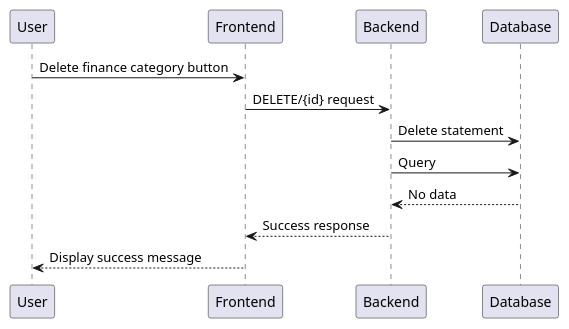
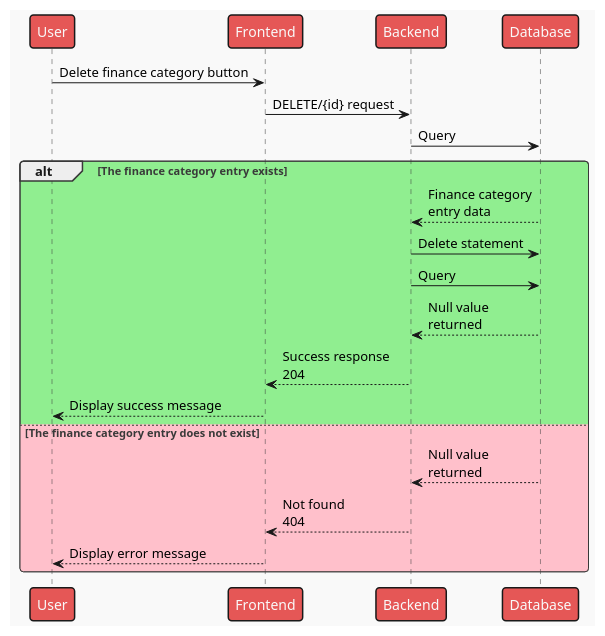
Before and after one commit to Toby-Rea/planner: the tenth of 18 diagrams in docs/Sequences.puml, drawn with PlantUML. The commit also changed other lines of this file and 18 other files, not shown here.

Commit message:
added 404 responses to appropriate sequences and added mars theme to diagrams

```diff
--- a/docs/Sequences.puml
+++ b/docs/Sequences.puml
@@ -125,14 +165,24 @@
 @startuml Delete single finance category
+!theme mars
 participant User as u
 participant Frontend as fe
 participant Backend as be
 participant Database as db
 
 u -> fe: Delete finance category button
 fe -> be: DELETE/{id} request
-be -> db: Delete statement
 be -> db: Query
-be <-- db: No data
-fe <-- be: Success response
-u <-- fe: Display success message
+
+alt #LightGreen The finance category entry exists
+    be <-- db: Finance category\nentry data
+    be -> db: Delete statement
+    be -> db: Query
+    be <-- db: Null value\nreturned
+    fe <-- be: Success response\n204
+    u <-- fe: Display success message
+else #Pink The finance category entry does not exist
+    be <-- db: Null value\nreturned
+    fe <-- be: Not found\n404
+    u <-- fe: Display error message
+end
 @enduml
```
